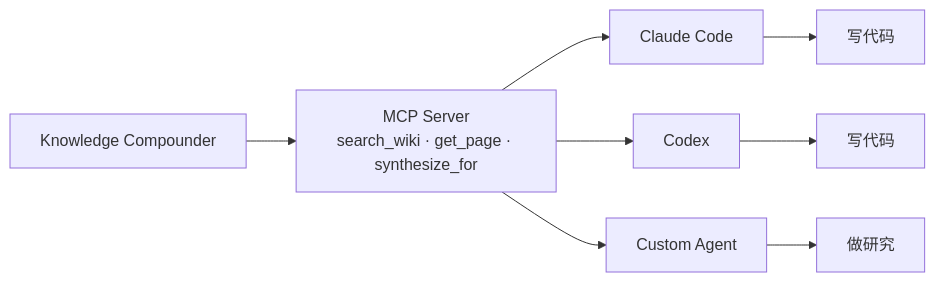
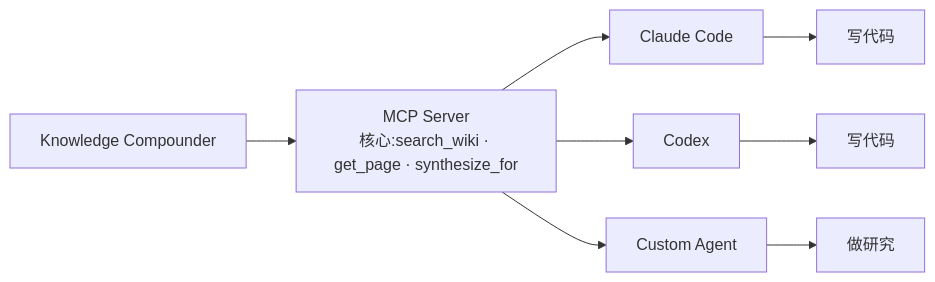
The third of 5 diagrams in README.md (gcc2ge/knowledge-compounder), drawn with Mermaid before and after one commit. The commit also changed other lines of this file, not shown here.

Commit message:
README 修正评审确认的文档准确性:基准数据更新为最新可复现跑分、MCP 工具数补全为 8 个、检索示例对齐真实输出

````diff
--- a/README.md
+++ b/README.md
@@ -179,7 +179,7 @@
 ```mermaid
 graph LR
-    KCP["Knowledge Compounder"] --> MCP["MCP Server<br/>search_wiki · get_page · synthesize_for"]
+    KCP["Knowledge Compounder"] --> MCP["MCP Server<br/>核心:search_wiki · get_page · synthesize_for"]
     MCP --> CC["Claude Code"] --> W1["写代码"]
     MCP --> CX["Codex"] --> W2["写代码"]
     MCP --> CA["Custom Agent"] --> W3["做研究"]
 ```
````
